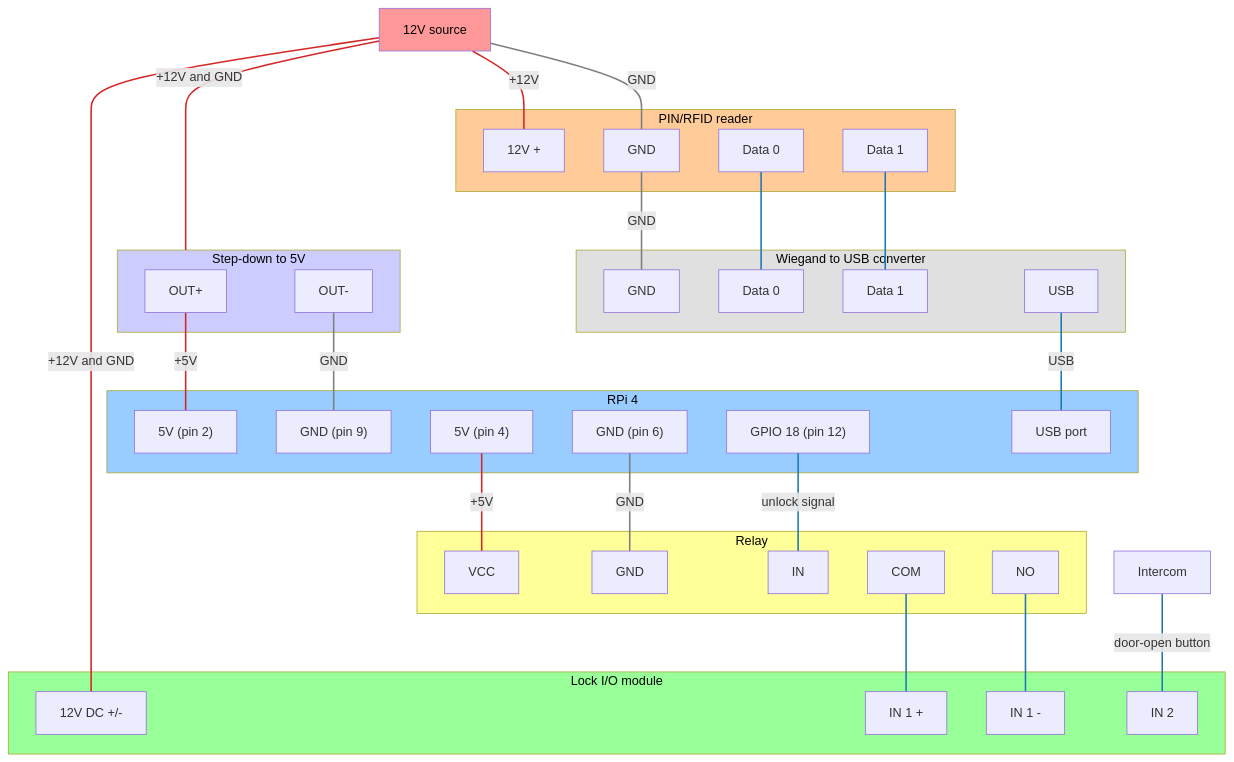
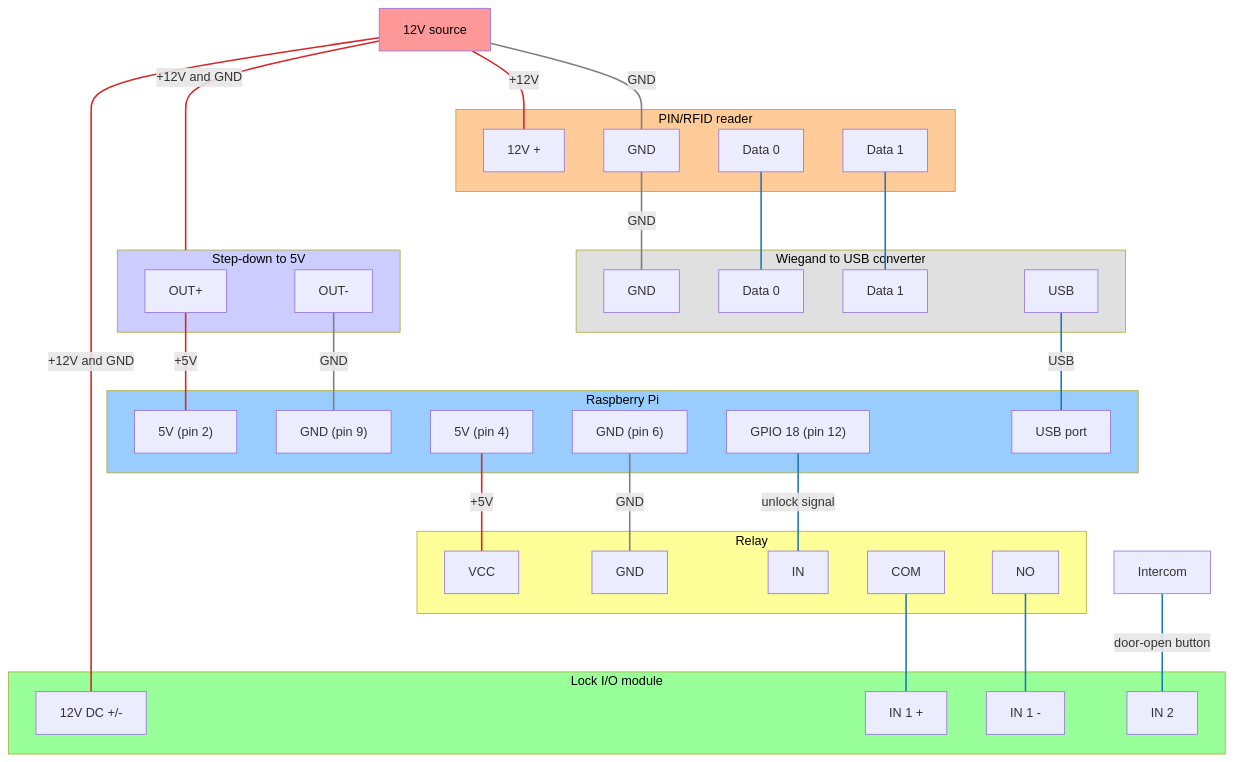
One commit to jonasjancarik/anlok changed the diagram in services/access-api/README.md. Above: the diagram before and after it, drawn with Mermaid. The commit also changed other lines of this file, not shown here.

First line of the commit message:
Update the Raspberry Pi model notes in the access API README

````diff
--- a/services/access-api/README.md
+++ b/services/access-api/README.md
@@ -43,71 +43,71 @@
 ```mermaid
 flowchart TD
   src12V["12V source"]
   intercom["Intercom"]
   subgraph dcDc5V["Step-down to 5V"]
         sdOutPos["OUT+"]
         sdOutNeg["OUT-"]
   end
-  subgraph rpi["RPi 4"]
+  subgraph rpi["Raspberry Pi"]
         rpi5vPin2["5V (pin 2)"]
         rpiGndPin9["GND (pin 9)"]
         rpi5vPin4["5V (pin 4)"]
         rpiGndPin6["GND (pin 6)"]
         rpiGPIO18["GPIO 18 (pin 12)"]
         rpiUSB["USB port"]
   end
   subgraph relay["Relay"]
         relayVcc["VCC"]
         relayGnd["GND"]
         relayIn["IN"]
         relayCom["COM"]
         relayNo["NO"]
   end
   subgraph pinRfid["PIN/RFID reader"]
         readerPos["12V +"]
         readerGnd["GND"]
         readerData0["Data 0"]
         readerData1["Data 1"]
   end
   subgraph usbWiegand["Wiegand to USB converter"]
         convGnd["GND"]
         convData0["Data 0"]
         convData1["Data 1"]
         convUsb["USB"]
   end
   subgraph ioModule["Lock I/O module"]
         ioPower["12V DC +/-"]
         ioIn1Pos["IN 1 +"]
         ioIn1Neg["IN 1 -"]
         ioIn2["IN 2"]
   end
 
     src12V ---|"+12V and GND"| dcDc5V
     src12V ---|"+12V and GND"| ioPower
     src12V ---|"+12V"| readerPos
     sdOutPos ---|"+5V"| rpi5vPin2
     rpi5vPin4 ---|"+5V"| relayVcc
     src12V ---|"GND"| readerGnd
     sdOutNeg ---|"GND"| rpiGndPin9
     rpiGndPin6 ---|"GND"| relayGnd
     readerGnd ---|"GND"| convGnd
     rpiGPIO18 ---|"unlock signal"| relayIn
     readerData0 --- convData0
     readerData1 --- convData1
     convUsb ---|"USB"| rpiUSB
     relayCom --- ioIn1Pos
     relayNo --- ioIn1Neg
     intercom ---|"door-open button"| ioIn2
 
     linkStyle 0,1,2,3,4 stroke:#d62728,stroke-width:2px
     linkStyle 5,6,7,8 stroke:#7f7f7f,stroke-width:2px
     linkStyle 9,10,11,12,13,14,15 stroke:#1f77b4,stroke-width:2px
 
     style src12V fill:#ff9999,color:#000
     style dcDc5V fill:#ccccff,color:#000
     style rpi fill:#99ccff,color:#000
     style pinRfid fill:#ffcc99,color:#000
     style usbWiegand fill:#e0e0e0,color:#000
     style ioModule fill:#99ff99,color:#000
     style relay fill:#ffff99,color:#000
 ```
````
